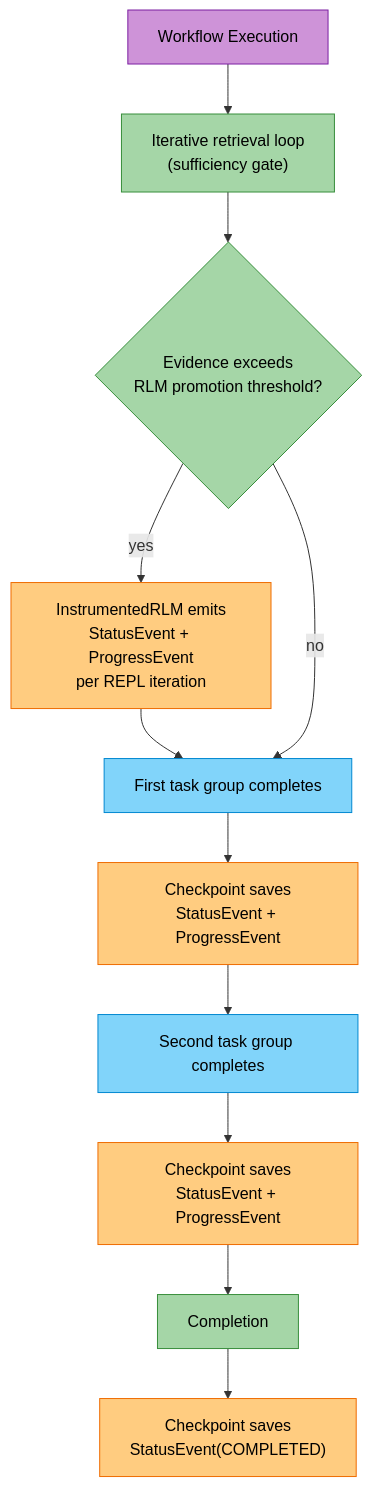
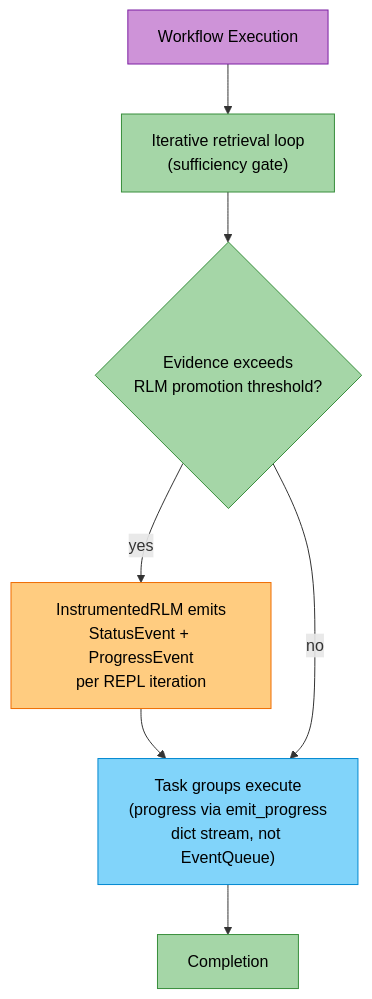
The second of 2 diagrams in docs/modules/events.md (amit-jain/cogniverse), drawn with Mermaid before and after one commit. The commit also changed other lines of this file and 13 other files, not shown here.

````diff
--- a/docs/modules/events.md
+++ b/docs/modules/events.md
@@ -383,39 +360,26 @@
 ```mermaid
 flowchart TD
     Start["<span style='color:#000'>Workflow Execution</span>"]
 
     Iteration["<span style='color:#000'>Iterative retrieval loop<br/>(sufficiency gate)</span>"]
     RLMPromotion{"<span style='color:#000'>Evidence exceeds<br/>RLM promotion threshold?</span>"}
     RLMEvent["<span style='color:#000'>InstrumentedRLM emits<br/>StatusEvent + ProgressEvent<br/>per REPL iteration</span>"]
 
-    TaskGroup1["<span style='color:#000'>First task group completes</span>"]
-    TaskGroup1Event["<span style='color:#000'>Checkpoint saves<br/>StatusEvent + ProgressEvent</span>"]
-
-    TaskGroup2["<span style='color:#000'>Second task group completes</span>"]
-    TaskGroup2Event["<span style='color:#000'>Checkpoint saves<br/>StatusEvent + ProgressEvent</span>"]
+    TaskGroups["<span style='color:#000'>Task groups execute<br/>(progress via emit_progress<br/>dict stream, not EventQueue)</span>"]
 
     Completion["<span style='color:#000'>Completion</span>"]
-    CompletionEvent1["<span style='color:#000'>Checkpoint saves<br/>StatusEvent(COMPLETED)</span>"]
 
     Start --> Iteration
     Iteration --> RLMPromotion
     RLMPromotion -- "yes" --> RLMEvent
-    RLMEvent --> TaskGroup1
-    RLMPromotion -- "no" --> TaskGroup1
-    TaskGroup1 --> TaskGroup1Event
-    TaskGroup1Event --> TaskGroup2
-    TaskGroup2 --> TaskGroup2Event
-    TaskGroup2Event --> Completion
-    Completion --> CompletionEvent1
+    RLMEvent --> TaskGroups
+    RLMPromotion -- "no" --> TaskGroups
+    TaskGroups --> Completion
 
     style Start fill:#ce93d8,stroke:#7b1fa2,color:#000
     style Iteration fill:#a5d6a7,stroke:#388e3c,color:#000
     style RLMPromotion fill:#a5d6a7,stroke:#388e3c,color:#000
     style RLMEvent fill:#ffcc80,stroke:#ef6c00,color:#000
-    style TaskGroup1 fill:#81d4fa,stroke:#0288d1,color:#000
-    style TaskGroup1Event fill:#ffcc80,stroke:#ef6c00,color:#000
-    style TaskGroup2 fill:#81d4fa,stroke:#0288d1,color:#000
-    style TaskGroup2Event fill:#ffcc80,stroke:#ef6c00,color:#000
+    style TaskGroups fill:#81d4fa,stroke:#0288d1,color:#000
     style Completion fill:#a5d6a7,stroke:#388e3c,color:#000
-    style CompletionEvent1 fill:#ffcc80,stroke:#ef6c00,color:#000
 ```
````
